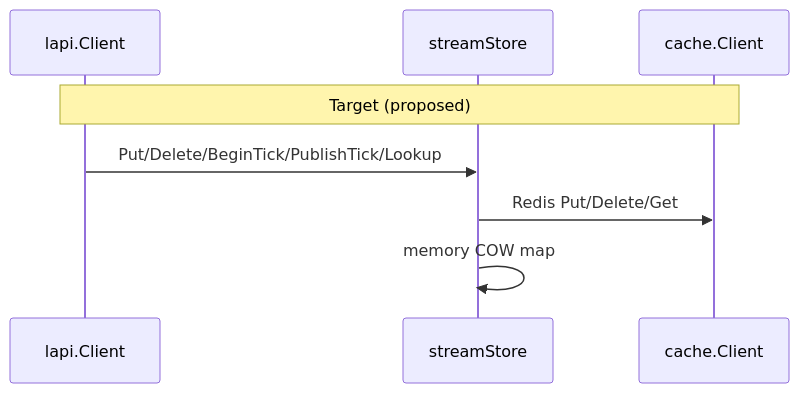
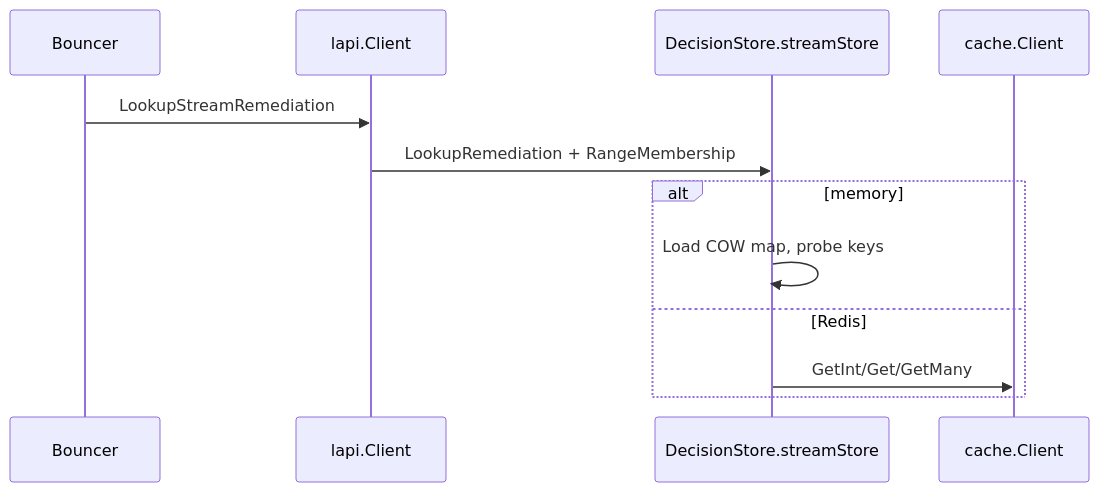
The diagram in devstate/2026/09/2026-09-19-optcow-stream-lookup/card.md (david-garcia-garcia/crowdsec-bouncer-traefik-plugin), drawn with Mermaid before and after one commit. The commit also changed other lines of this file and 1 other file, not shown here.

````diff
--- a/devstate/2026/09/2026-09-19-optcow-stream-lookup/card.md
+++ b/devstate/2026/09/2026-09-19-optcow-stream-lookup/card.md
@@ -19,10 +19,14 @@
 ```mermaid
 sequenceDiagram
+  participant Bouncer
   participant Client as lapi.Client
-  participant Store as streamStore
+  participant Store as DecisionStore.streamStore
   participant Cache as cache.Client
-  Note over Client,Cache: Target (proposed)
-  Client->>Store: Put/Delete/BeginTick/PublishTick/Lookup
-  Store->>Cache: Redis Put/Delete/Get
-  Store->>Store: memory COW map
+  Bouncer->>Client: LookupStreamRemediation
+  Client->>Store: LookupRemediation + RangeMembership
+  alt memory
+    Store->>Store: Load COW map, probe keys
+  else Redis
+    Store->>Cache: GetInt/Get/GetMany
+  end
 ```
````
